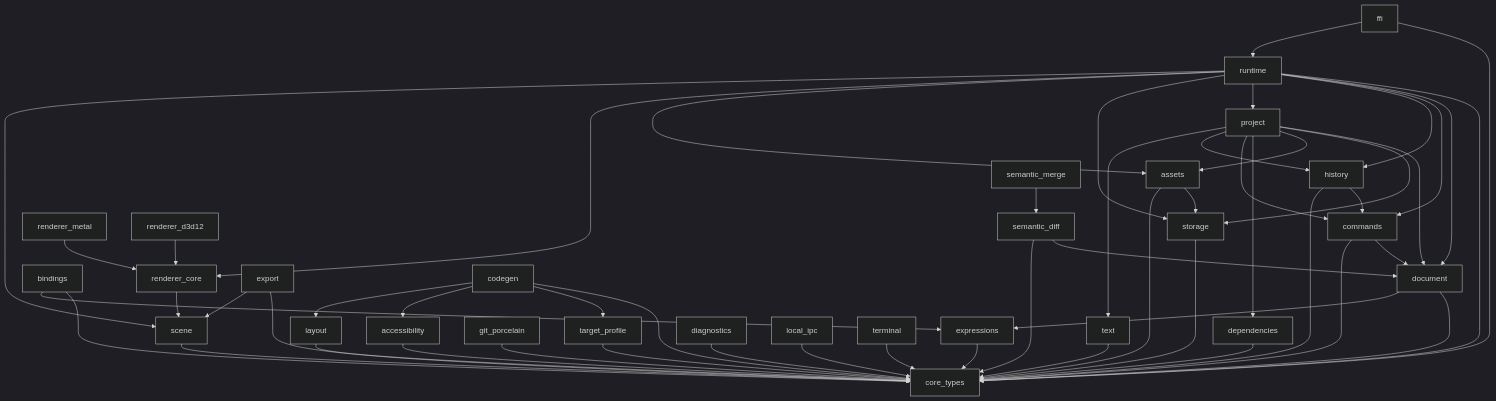
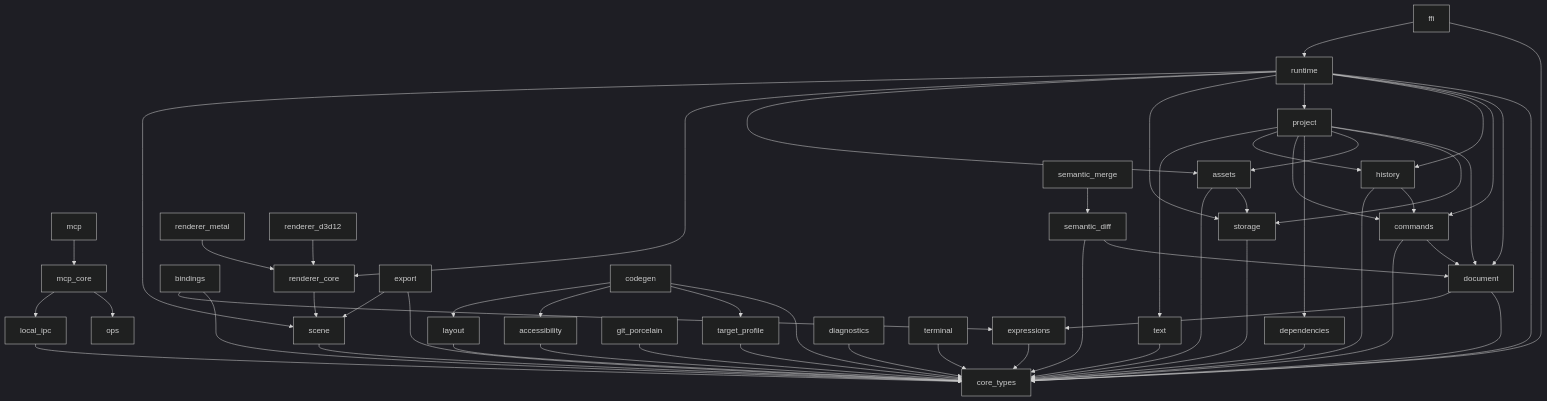
One commit to taeyoon0137/project-stellar changed the diagram in docs/architecture/crate-dependency-graph.md. Above: the diagram before and after it, drawn with Mermaid (dark theme). The commit also changed other lines of this file and 38 other files, not shown here.

````diff
--- a/docs/architecture/crate-dependency-graph.md
+++ b/docs/architecture/crate-dependency-graph.md
@@ -42,55 +45,58 @@
 ```mermaid
 graph TD
+  mcp --> mcp_core
+  mcp_core --> ops
+  mcp_core --> local_ipc
   document --> core_types
   document --> expressions
   commands --> document
   commands --> core_types
   history --> commands
   history --> core_types
   expressions --> core_types
   bindings --> core_types
   bindings --> expressions
   layout --> core_types
   text --> core_types
   scene --> core_types
   renderer_core --> scene
   renderer_metal --> renderer_core
   renderer_d3d12 --> renderer_core
   storage --> core_types
   assets --> storage
   assets --> core_types
   dependencies --> core_types
   project --> document
   project --> storage
   project --> assets
   project --> dependencies
   project --> commands
   project --> history
   project --> text
   semantic_diff --> document
   semantic_diff --> core_types
   semantic_merge --> semantic_diff
   git_porcelain --> core_types
   target_profile --> core_types
   accessibility --> core_types
   diagnostics --> core_types
   export --> core_types
   local_ipc --> core_types
   export --> scene
   terminal --> core_types
   codegen --> core_types
   codegen --> target_profile
   codegen --> accessibility
   codegen --> layout
   runtime --> core_types
   runtime --> document
   runtime --> commands
   runtime --> history
   runtime --> project
   runtime --> storage
   runtime --> assets
   runtime --> renderer_core
   runtime --> scene
   ffi --> core_types
   ffi --> runtime
 ```
````
